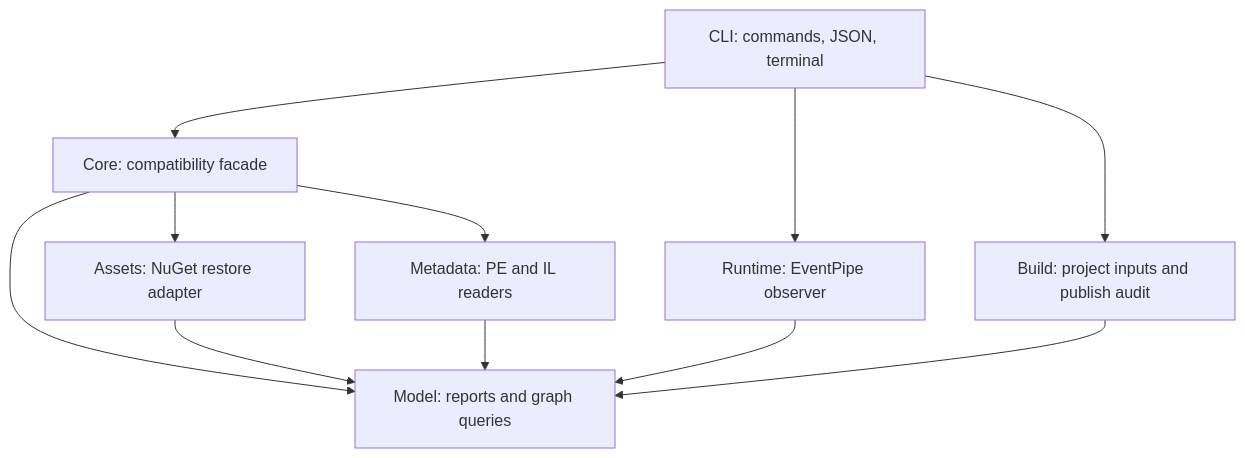
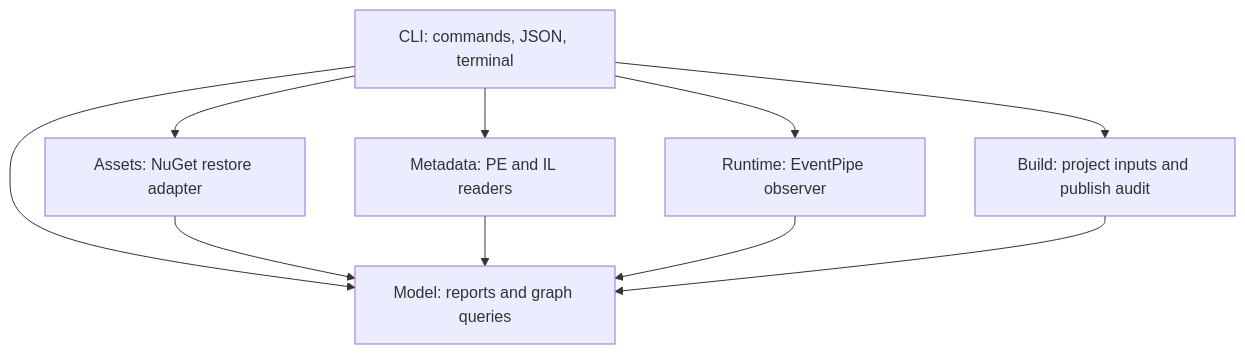
Before and after one commit to ANcpLua/RefTrace: the diagram in ARCHITECTURE.md, drawn with Mermaid. The commit also changed other lines of this file and 26 other files, not shown here.

````diff
--- a/ARCHITECTURE.md
+++ b/ARCHITECTURE.md
@@ -8,13 +8,12 @@
 ```mermaid
 flowchart TD
-    CLI[CLI: commands, JSON, terminal] --> Core[Core: compatibility facade]
-    Core --> Assets[Assets: NuGet restore adapter]
-    Core --> Metadata[Metadata: PE and IL readers]
-    Core --> Model[Model: reports and graph queries]
+    CLI[CLI: commands, JSON, terminal] --> Assets[Assets: NuGet restore adapter]
+    CLI --> Metadata[Metadata: PE and IL readers]
+    CLI --> Model[Model: reports and graph queries]
     Assets --> Model
     Metadata --> Model
     CLI --> Runtime[Runtime: EventPipe observer]
     Runtime --> Model
     CLI --> Build[Build: project inputs and publish audit]
     Build --> Model
 ```
````
